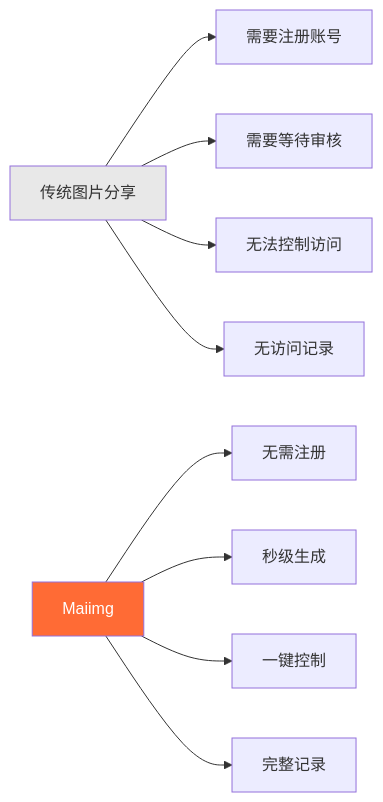
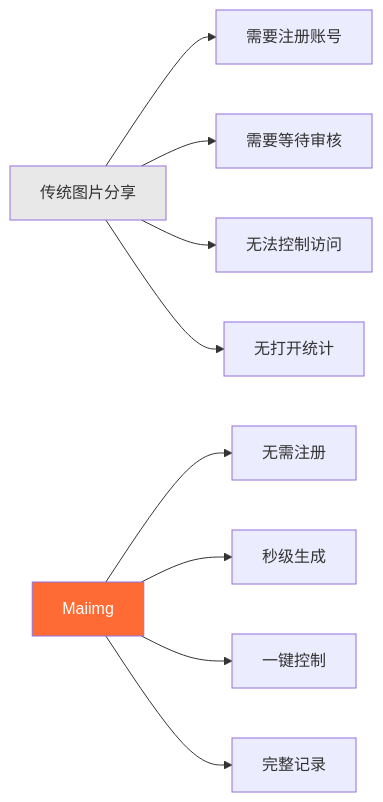
Before and after one commit to mythenigma/cloudflareAstro: the first of 12 diagrams in src/content/blog/cn/image-sharing-introduction.md, drawn with Mermaid. The commit also changed other lines of this file and 353 other files, not shown here.

````diff
--- a/src/content/blog/cn/image-sharing-introduction.md
+++ b/src/content/blog/cn/image-sharing-introduction.md
@@ -31,15 +31,15 @@
 ```mermaid
 graph LR
     A[传统图片分享] --> B[需要注册账号]
     A --> C[需要等待审核]
     A --> D[无法控制访问]
-    A --> E[无访问记录]
+    A --> E[无打开统计]
     
     F[Maiimg] --> G[无需注册]
     F --> H[秒级生成]
     F --> I[一键控制]
     F --> J[完整记录]
     
     style F fill:#FF6B35,color:#fff
     style A fill:#E8E8E8
 ```
````
